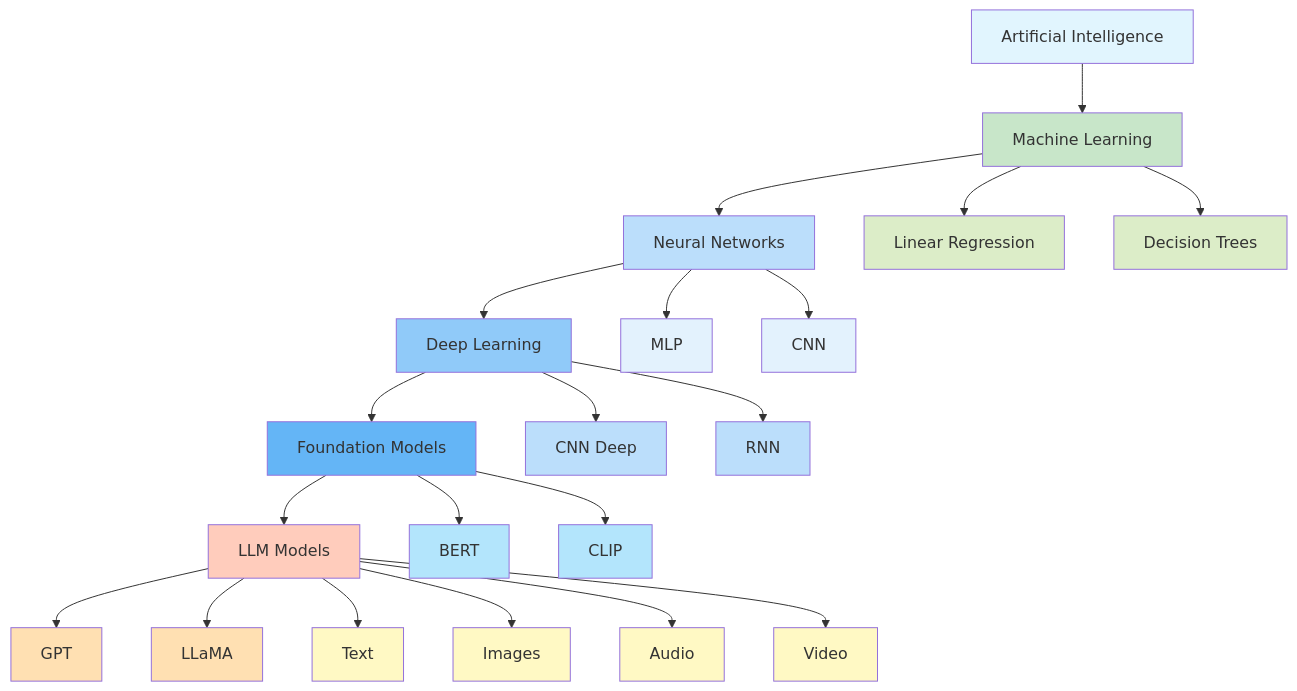
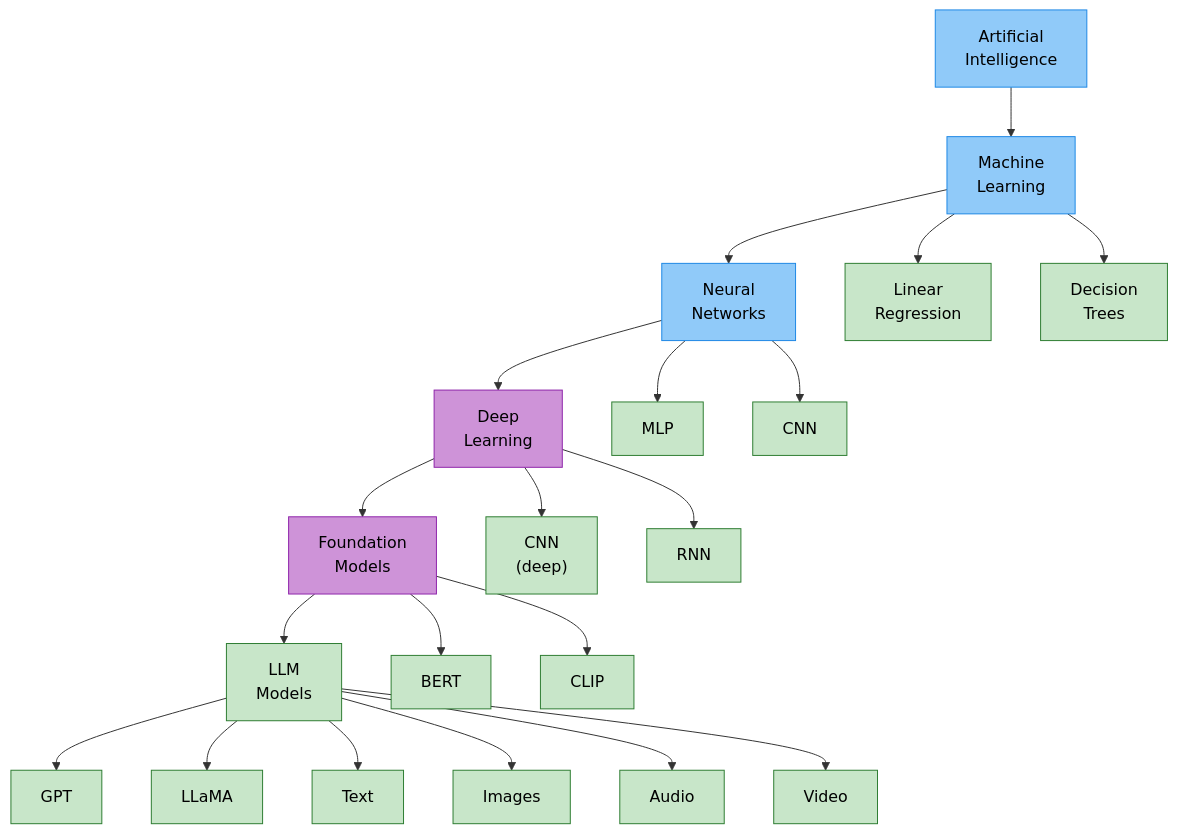
The second of 2 diagrams in content/docs/ai/_index.md (arshadhs/arshadhs.github.io), drawn with Mermaid before and after one commit.

```diff
--- a/content/docs/ai/_index.md
+++ b/content/docs/ai/_index.md
@@ -59,72 +59,61 @@
 {{< mermaid >}}
 flowchart TD
 
-    %% Core hierarchy
-    AI[Artificial Intelligence]
-    ML[Machine Learning]
-    NN[Neural Networks]
-    DL[Deep Learning]
-    FM[Foundation Models]
-    LLM[LLM Models]
+%% Core hierarchy
+AI["Artificial<br/>Intelligence"] --> ML["Machine<br/>Learning"]
+ML --> NN["Neural<br/>Networks"]
+NN --> DL["Deep<br/>Learning"]
+DL --> FM["Foundation<br/>Models"]
+FM --> LLM["LLM<br/>Models"]
 
-    %% Relationships
-    AI --> ML
-    ML --> NN
-    NN --> DL
-    DL --> FM
-    FM --> LLM
+%% ML examples
+ML --> LR["Linear<br/>Regression"]
+ML --> DT["Decision<br/>Trees"]
 
-    %% ML examples
-    ML --> LR[Linear Regression]
-    ML --> DT[Decision Trees]
+%% NN examples
+NN --> MLP["MLP"]
+NN --> CNN["CNN"]
 
-    %% NN examples
-    NN --> MLP[MLP]
-    NN --> CNN[CNN]
+%% DL examples
+DL --> CNN_DL["CNN<br/>(deep)"]
+DL --> RNN["RNN"]
 
-    %% DL examples
-    DL --> CNN_DL[CNN Deep]
-    DL --> RNN[RNN]
+%% Foundation Model examples
+FM --> BERT["BERT"]
+FM --> CLIP["CLIP"]
 
-    %% Foundation Model examples
-    FM --> BERT[BERT]
-    FM --> CLIP[CLIP]
+%% LLM examples
+LLM --> GPT["GPT"]
+LLM --> LLAMA["LLaMA"]
 
-    %% LLM examples
-    LLM --> GPT[GPT]
-    LLM --> LLAMA[LLaMA]
+%% Modalities
+LLM --> TEXT["Text"]
+LLM --> IMAGE["Images"]
+LLM --> AUDIO["Audio"]
+LLM --> VIDEO["Video"]
 
-    %% Modalities
-    LLM --> TEXT[Text]
-    LLM --> IMAGE[Images]
-    LLM --> AUDIO[Audio]
-    LLM --> VIDEO[Video]
+%% Styling (your pastel palette)
+style AI fill:#90CAF9,stroke:#1E88E5,color:#000
+style ML fill:#90CAF9,stroke:#1E88E5,color:#000
+style NN fill:#90CAF9,stroke:#1E88E5,color:#000
 
-    %% Styling
-    style AI fill:#E1F5FE
-    style ML fill:#C8E6C9
-    style NN fill:#BBDEFB
-    style DL fill:#90CAF9
-    style FM fill:#64B5F6
-    style LLM fill:#FFCCBC
+style DL fill:#CE93D8,stroke:#8E24AA,color:#000
+style FM fill:#CE93D8,stroke:#8E24AA,color:#000
 
-    style LR fill:#DCEDC8
-    style DT fill:#DCEDC8
+style LLM fill:#C8E6C9,stroke:#2E7D32,color:#000
+style LR fill:#C8E6C9,stroke:#2E7D32,color:#000
+style DT fill:#C8E6C9,stroke:#2E7D32,color:#000
+style MLP fill:#C8E6C9,stroke:#2E7D32,color:#000
+style CNN fill:#C8E6C9,stroke:#2E7D32,color:#000
+style CNN_DL fill:#C8E6C9,stroke:#2E7D32,color:#000
+style RNN fill:#C8E6C9,stroke:#2E7D32,color:#000
+style BERT fill:#C8E6C9,stroke:#2E7D32,color:#000
+style CLIP fill:#C8E6C9,stroke:#2E7D32,color:#000
+style GPT fill:#C8E6C9,stroke:#2E7D32,color:#000
+style LLAMA fill:#C8E6C9,stroke:#2E7D32,color:#000
+style TEXT fill:#C8E6C9,stroke:#2E7D32,color:#000
+style IMAGE fill:#C8E6C9,stroke:#2E7D32,color:#000
+style AUDIO fill:#C8E6C9,stroke:#2E7D32,color:#000
+style VIDEO fill:#C8E6C9,stroke:#2E7D32,color:#000
 
-    style MLP fill:#E3F2FD
-    style CNN fill:#E3F2FD
-
-    style CNN_DL fill:#BBDEFB
-    style RNN fill:#BBDEFB
-
-    style BERT fill:#B3E5FC
-    style CLIP fill:#B3E5FC
-
-    style GPT fill:#FFE0B2
-    style LLAMA fill:#FFE0B2
-
-    style TEXT fill:#FFF9C4
-    style IMAGE fill:#FFF9C4
-    style AUDIO fill:#FFF9C4
-    style VIDEO fill:#FFF9C4
 {{< /mermaid >}}
```
